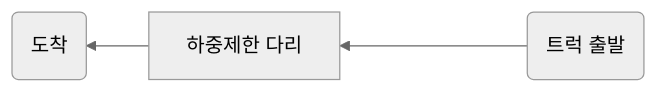
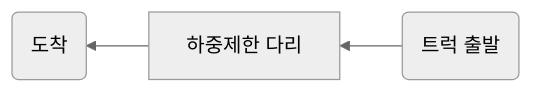
One commit to gazami99/gazami99.github.io changed the first of 2 diagrams in _posts/2022-06-14-알고리즘 연습 [다리를 지나는 트럭].md. Above: the diagram before and after it, drawn with Mermaid (neutral theme).

Commit message:
Update 2022-06-14-알고리즘 연습 [다리를 지나는 트럭].md

````diff
--- a/_posts/2022-06-14-알고리즘 연습 [다리를 지나는 트럭].md
+++ b/_posts/2022-06-14-알고리즘 연습 [다리를 지나는 트럭].md
@@ -14,5 +14,5 @@
 ```mermaid 
   graph RL;
-  A(트럭 출발 ) ----> B[하중제한 다리];
+  A(트럭 출발 ) --> B[하중제한 다리];
   B --> C(도착);
 ```
````
